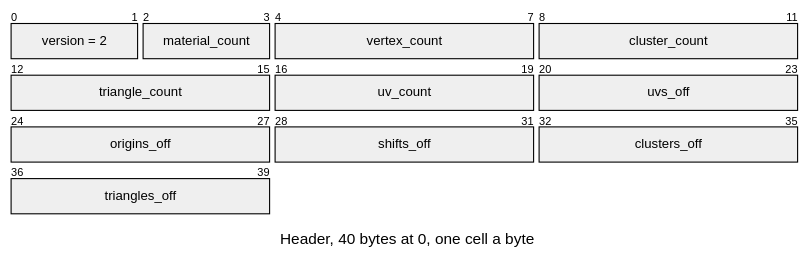
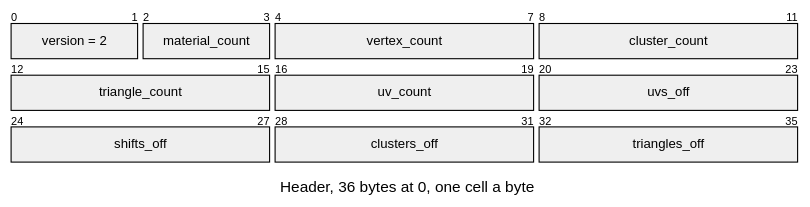
The diagram in docs/assets/formats/LUVS.md (jose-villegas/autana), drawn with Mermaid before and after one commit. The commit also changed other lines of this file and 12 other files, not shown here.

````diff
--- a/docs/assets/formats/LUVS.md
+++ b/docs/assets/formats/LUVS.md
@@ -15,22 +15,21 @@
 ```mermaid
 ---
 config:
-  themeCSS: "g:nth-of-type(2) rect:nth-of-type(1) { fill: #8fb3ee !important; } g:nth-of-type(2) rect:nth-of-type(2) { fill: #93d6b0 !important; } g:nth-of-type(2) rect:nth-of-type(3) { fill: #93d6b0 !important; } g:nth-of-type(2) rect:nth-of-type(4) { fill: #93d6b0 !important; } g:nth-of-type(3) rect:nth-of-type(1) { fill: #93d6b0 !important; } g:nth-of-type(3) rect:nth-of-type(2) { fill: #93d6b0 !important; } g:nth-of-type(3) rect:nth-of-type(3) { fill: #f4a885 !important; } g:nth-of-type(4) rect:nth-of-type(1) { fill: #f4a885 !important; } g:nth-of-type(4) rect:nth-of-type(2) { fill: #f4a885 !important; } g:nth-of-type(4) rect:nth-of-type(3) { fill: #f4a885 !important; } g:nth-of-type(5) rect:nth-of-type(1) { fill: #f4a885 !important; } .packetLabel { fill: #1b1b1b !important; }"
+  themeCSS: "g:nth-of-type(2) rect:nth-of-type(1) { fill: #8fb3ee !important; } g:nth-of-type(2) rect:nth-of-type(2) { fill: #93d6b0 !important; } g:nth-of-type(2) rect:nth-of-type(3) { fill: #93d6b0 !important; } g:nth-of-type(2) rect:nth-of-type(4) { fill: #93d6b0 !important; } g:nth-of-type(3) rect:nth-of-type(1) { fill: #93d6b0 !important; } g:nth-of-type(3) rect:nth-of-type(2) { fill: #93d6b0 !important; } g:nth-of-type(3) rect:nth-of-type(3) { fill: #f4a885 !important; } g:nth-of-type(4) rect:nth-of-type(1) { fill: #f4a885 !important; } g:nth-of-type(4) rect:nth-of-type(2) { fill: #f4a885 !important; } g:nth-of-type(4) rect:nth-of-type(3) { fill: #f4a885 !important; } .packetLabel { fill: #1b1b1b !important; }"
   packet:
     bitsPerRow: 12
     bitWidth: 60
 ---
 packet-beta
-title Header, 40 bytes at 0, one cell a byte
+title Header, 36 bytes at 0, one cell a byte
 0-1: "version = 2"
 2-3: "material_count"
 4-7: "vertex_count"
 8-11: "cluster_count"
 12-15: "triangle_count"
 16-19: "uv_count"
 20-23: "uvs_off"
-24-27: "origins_off"
-28-31: "shifts_off"
-32-35: "clusters_off"
-36-39: "triangles_off"
+24-27: "shifts_off"
+28-31: "clusters_off"
+32-35: "triangles_off"
 ```
````
